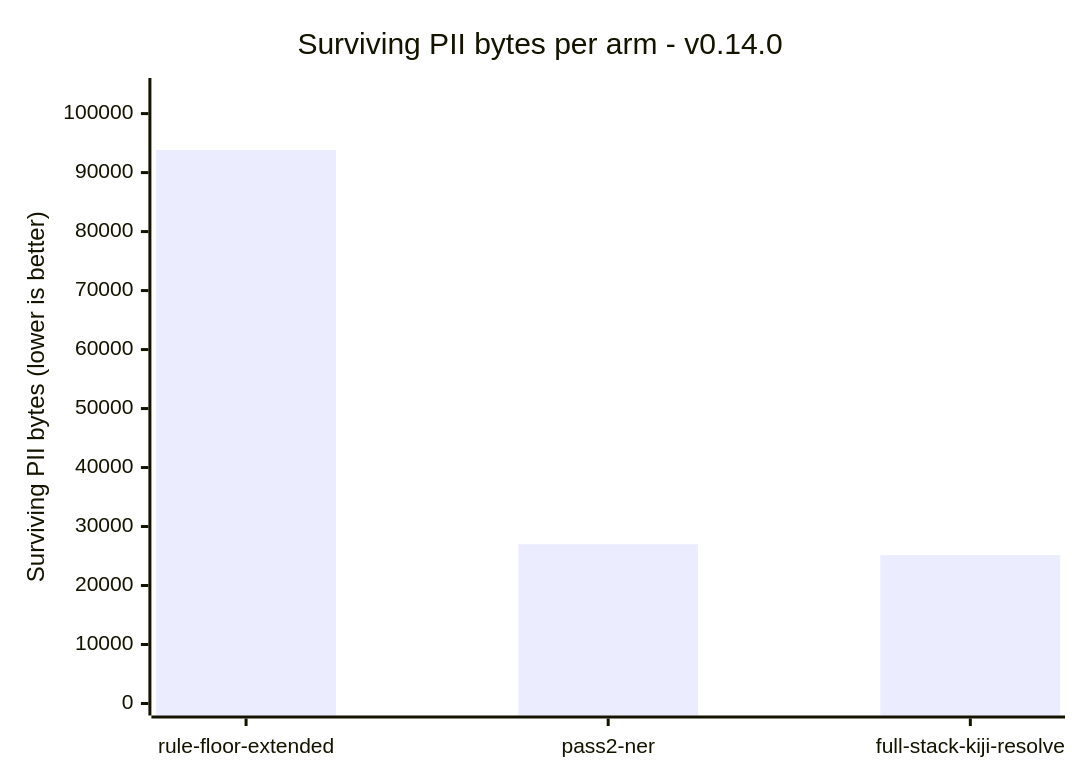
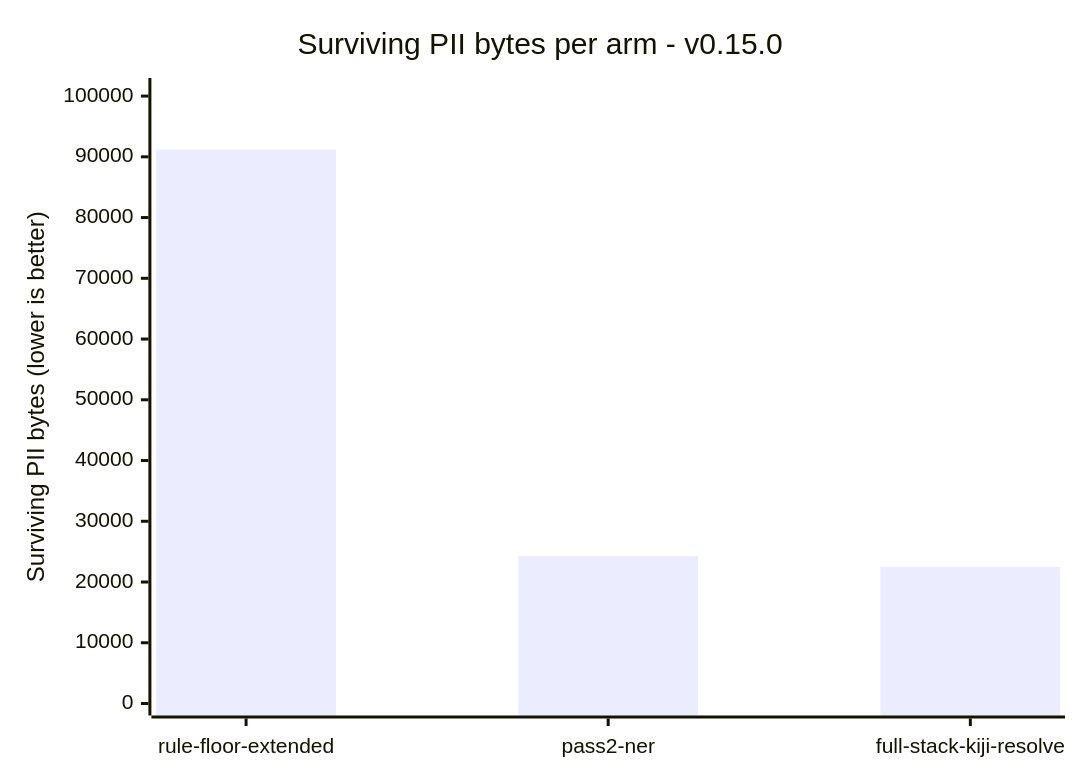
Before and after one commit to CertaMesh/gaze: the first of 2 diagrams in docs/reference/benchmarks/README.md, drawn with Mermaid. The commit also changed other lines of this file and 2 other files, not shown here.

````diff
--- a/docs/reference/benchmarks/README.md
+++ b/docs/reference/benchmarks/README.md
@@ -241,7 +243,7 @@
 ```mermaid
 xychart-beta
-    title "Surviving PII bytes per arm - v0.14.0"
+    title "Surviving PII bytes per arm - v0.15.0"
     x-axis ["rule-floor-extended", "pass2-ner", "full-stack-kiji-resolve"]
-    y-axis "Surviving PII bytes (lower is better)" 0 --> 104000
-    bar [93850, 27000, 25179]
+    y-axis "Surviving PII bytes (lower is better)" 0 --> 101000
+    bar [91234, 24289, 22491]
 ```
````
